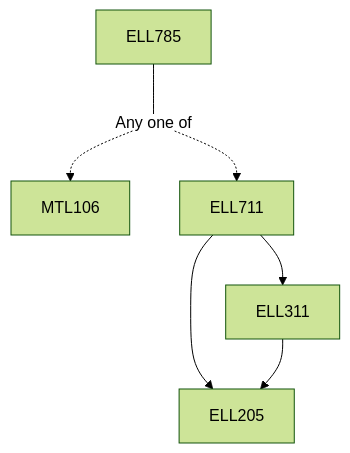
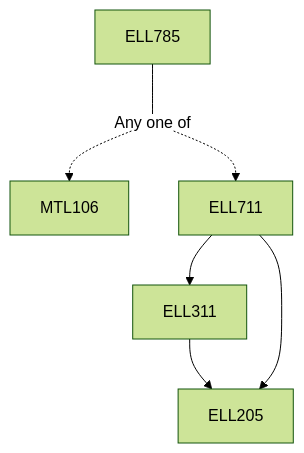
The diagram in content/Electrical Engineering/ELL785.md (KeshavBansal0122/CoS_Website), drawn with Mermaid (forest theme) before and after one commit. The commit also changed other lines of this file and 2662 other files, not shown here.

````diff
--- a/content/Electrical Engineering/ELL785.md
+++ b/content/Electrical Engineering/ELL785.md
@@ -19,13 +19,13 @@
 ```mermaid
 flowchart TD
 ELL785-964[ELL785]
 ELL785-964 --- Or965[Any one of]:::empty
 Or965 -.-> MTL106-966[MTL106]
+ELL711-967 --> ELL311-967[ELL311]
+ELL311-967 --> ELL205-967[ELL205]
+Or965 -.-> ELL711-967[ELL711]
 ELL711-967 --> ELL205-967[ELL205]
-ELL311-967 --> ELL205-967[ELL205]
-ELL711-967 --> ELL311-967[ELL311]
-Or965 -.-> ELL711-967[ELL711]
 
 classDef empty height:17px, fill:transparent, stroke:transparent;
 classDef trueEmpty height:0px, width:0px;
 ```
````
